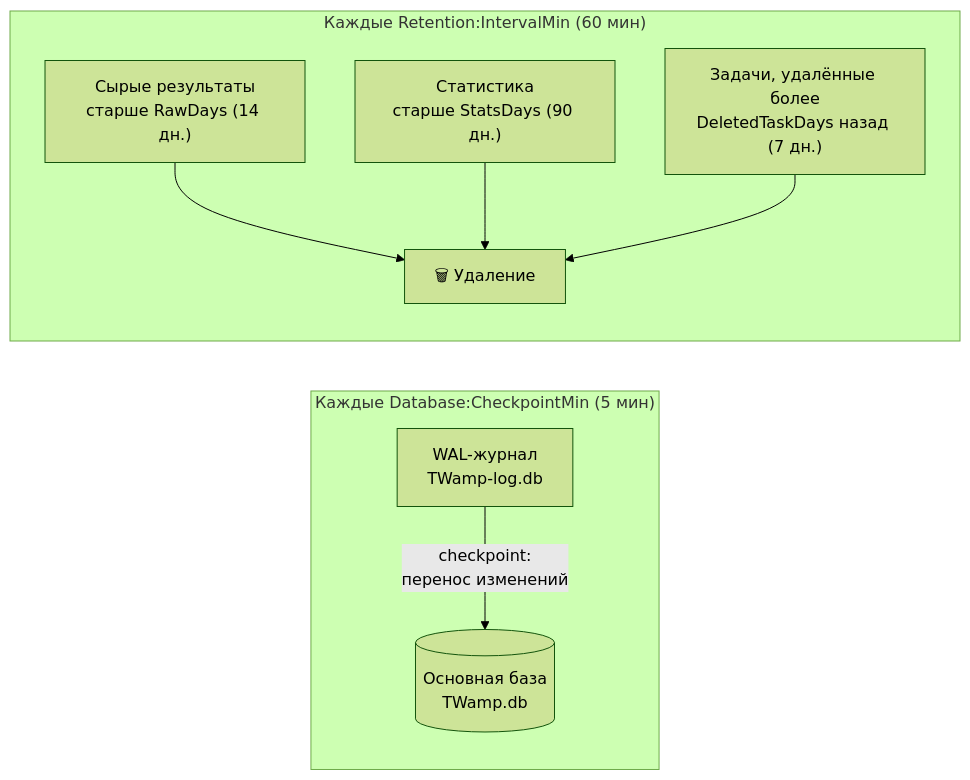
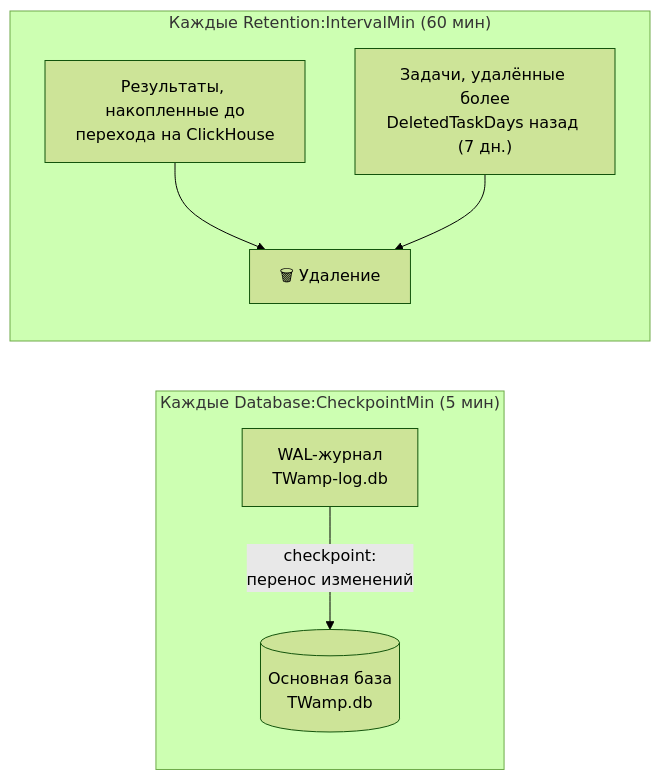
The tenth of 11 diagrams in docs/architecture.md (akprof2000/twamp-probe), drawn with Mermaid (forest theme) before and after one commit. The commit also changed other lines of this file and 31 other files, not shown here.

````diff
--- a/docs/architecture.md
+++ b/docs/architecture.md
@@ -249,11 +305,10 @@
 ```mermaid
 flowchart LR
     subgraph checkpoint["Каждые Database:CheckpointMin (5 мин)"]
         wal["WAL-журнал<br/>TWamp-log.db"] -- "checkpoint:<br/>перенос изменений" --> main[("Основная база<br/>TWamp.db")]
     end
     subgraph retention["Каждые Retention:IntervalMin (60 мин)"]
-        raw["Сырые результаты<br/>старше RawDays (14 дн.)"] --> del["🗑 Удаление"]
-        stats["Статистика<br/>старше StatsDays (90 дн.)"] --> del
+        raw["Результаты, накопленные до<br/>перехода на ClickHouse"] --> del["🗑 Удаление"]
         tasks["Задачи, удалённые более<br/>DeletedTaskDays назад (7 дн.)"] --> del
     end
 ```
````
